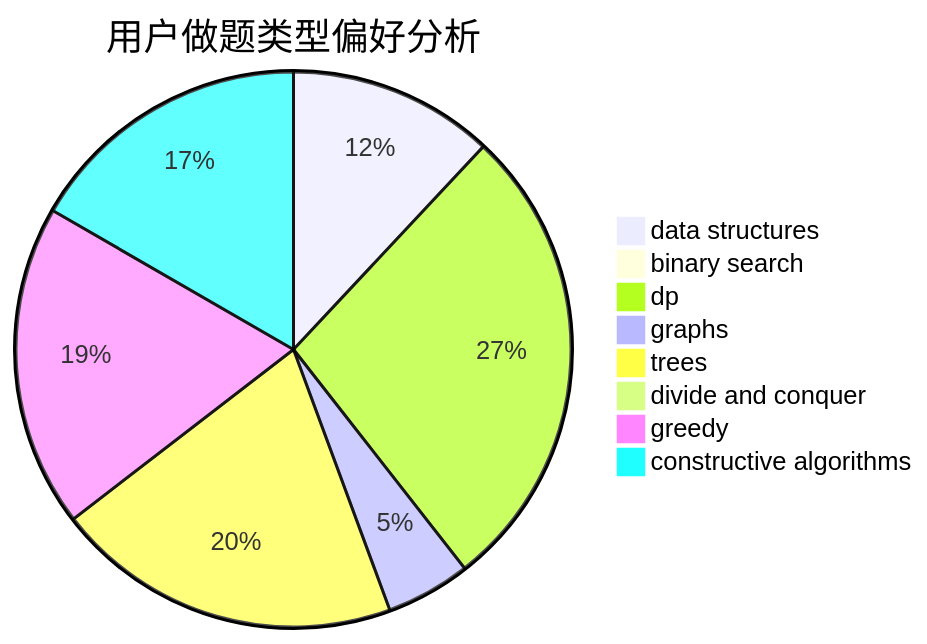
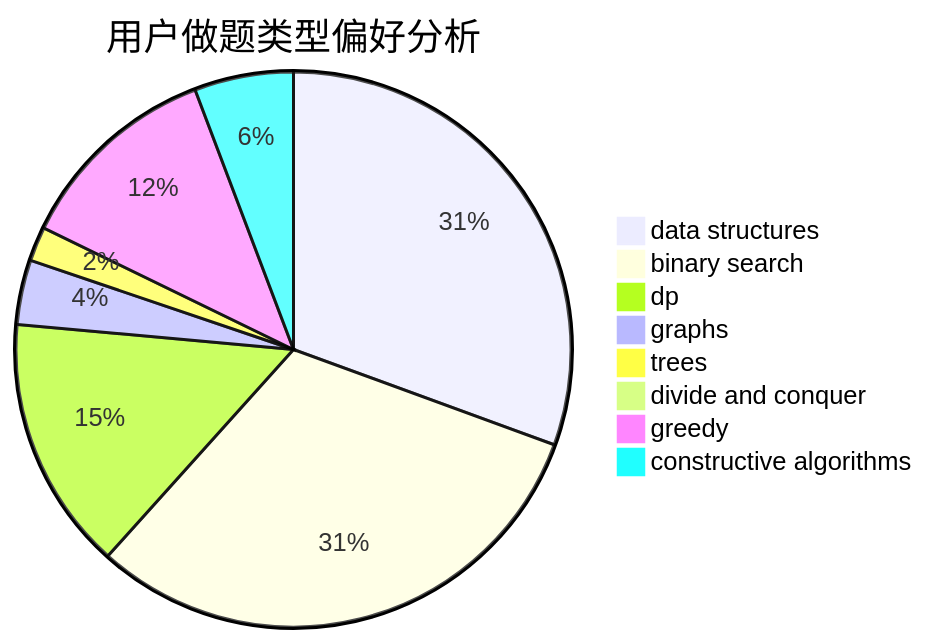
Before and after one commit to sherpahu/cfrs.github.io: the second of 3 diagrams in docs/user/u1419.md, drawn with Mermaid. The commit also changed other lines of this file and 2770 other files, not shown here.

````diff
--- a/docs/user/u1419.md
+++ b/docs/user/u1419.md
@@ -23,11 +23,11 @@
 ```mermaid
 pie title 用户做题类型偏好分析
-    "data structures" :  51
-    "binary search" :  1
-    "dp" :  117
-    "graphs" :  21
-    "trees" :  86
-    "divide and conquer" :  0
-    "greedy" :  80
-    "constructive algorithms" :  71
+    "data structures" :  122
+    "binary search" :  124
+    "dp" :  59
+    "graphs" :  15
+    "trees" :  8
+    "divide and conquer" :  1
+    "greedy" :  48
+    "constructive algorithms" :  23
 ```
````
